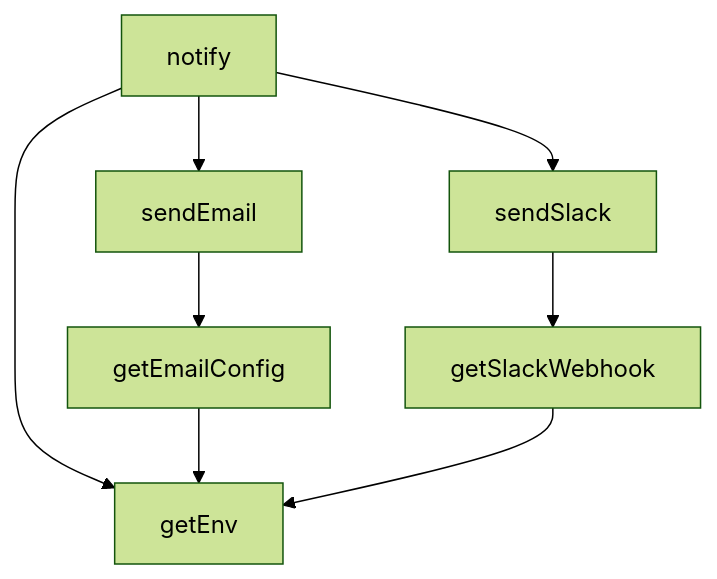
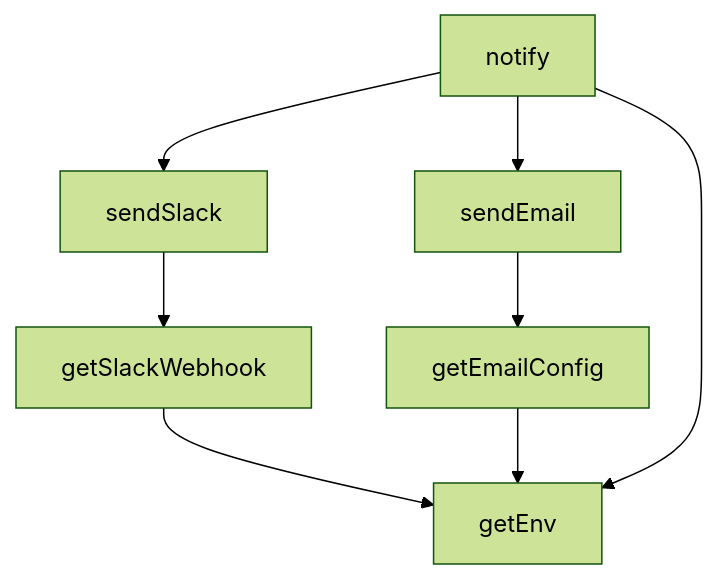
Before and after one commit to peckop/venthub-hvac-esite: the diagram in supabase/functions/_shared/notify.md, drawn with Mermaid (forest theme). The commit also changed other lines of this file and 38 other files, not shown here.

Commit message:
docs(saas): compile and update database schema and edge functions master docs

````diff
--- a/supabase/functions/_shared/notify.md
+++ b/supabase/functions/_shared/notify.md
@@ -181,16 +131,16 @@
 ```mermaid
 graph TD
     notify_ts__getEmailConfig["getEmailConfig"]
     notify_ts__getEnv["getEnv"]
     notify_ts__getSlackWebhook["getSlackWebhook"]
     notify_ts__notify["notify"]
     notify_ts__sendEmail["sendEmail"]
     notify_ts__sendSlack["sendSlack"]
+    notify_ts__getSlackWebhook --> notify_ts__getEnv
+    notify_ts__notify --> notify_ts__sendEmail
+    notify_ts__getEmailConfig --> notify_ts__getEnv
+    notify_ts__notify --> notify_ts__getEnv
     notify_ts__notify --> notify_ts__sendSlack
-    notify_ts__notify --> notify_ts__getEnv
-    notify_ts__getEmailConfig --> notify_ts__getEnv
+    notify_ts__sendSlack --> notify_ts__getSlackWebhook
     notify_ts__sendEmail --> notify_ts__getEmailConfig
-    notify_ts__notify --> notify_ts__sendEmail
-    notify_ts__sendSlack --> notify_ts__getSlackWebhook
-    notify_ts__getSlackWebhook --> notify_ts__getEnv
 ```
````
